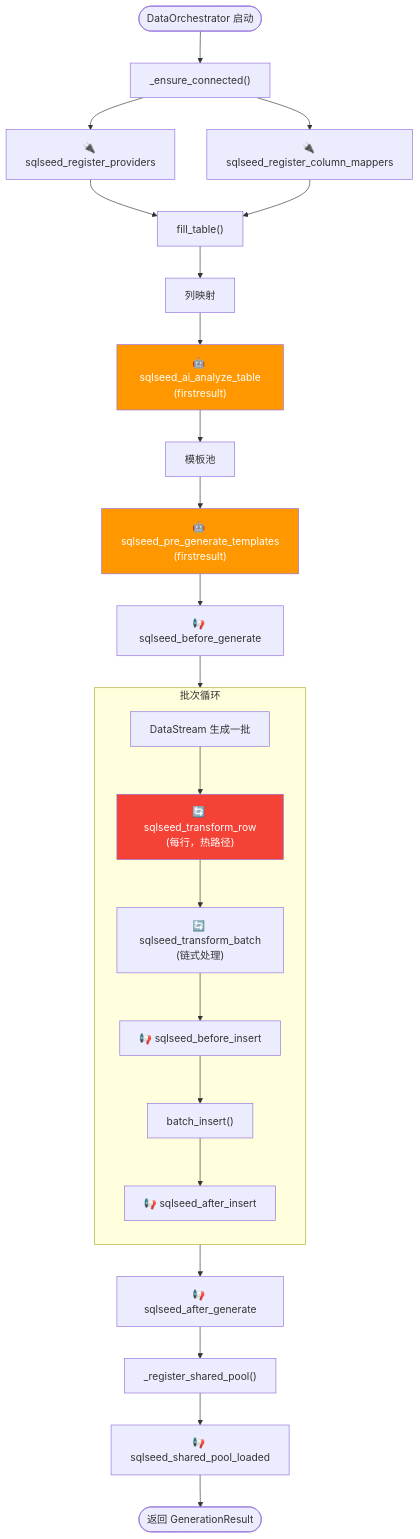
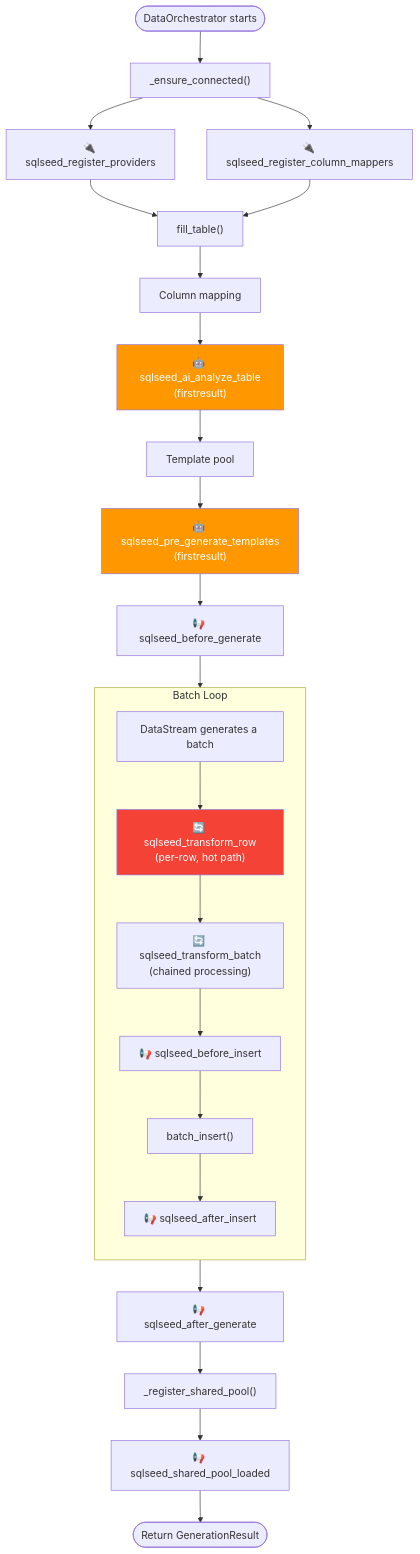
Before and after one commit to sunbos/sqlseed: the eighth of 10 diagrams in docs/architecture.md, drawn with Mermaid. The commit also changed other lines of this file and 23 other files, not shown here.

````diff
--- a/docs/architecture.md
+++ b/docs/architecture.md
@@ -486,44 +491,44 @@
 ```mermaid
 flowchart TB
-    Start(["DataOrchestrator 启动"]) --> Connect
+    Start(["DataOrchestrator starts"]) --> Connect
 
     Connect["_ensure_connected()"]
     Connect --> H1["🔌 sqlseed_register_providers"]
     Connect --> H2["🔌 sqlseed_register_column_mappers"]
 
     H1 --> Fill["fill_table()"]
     H2 --> Fill
 
-    Fill --> Mapping["列映射"]
+    Fill --> Mapping["Column mapping"]
     Mapping --> H3["🤖 sqlseed_ai_analyze_table<br/>(firstresult)"]
 
-    H3 --> Template["模板池"]
+    H3 --> Template["Template pool"]
     Template --> H4["🤖 sqlseed_pre_generate_templates<br/>(firstresult)"]
 
     H4 --> H5["📢 sqlseed_before_generate"]
 
     H5 --> BatchLoop
 
-    subgraph BatchLoop["批次循环"]
+    subgraph BatchLoop["Batch Loop"]
         direction TB
-        GenBatch["DataStream 生成一批"]
-        H6["🔄 sqlseed_transform_row<br/>(每行，热路径)"]
-        H7["🔄 sqlseed_transform_batch<br/>(链式处理)"]
+        GenBatch["DataStream generates a batch"]
+        H6["🔄 sqlseed_transform_row<br/>(per-row, hot path)"]
+        H7["🔄 sqlseed_transform_batch<br/>(chained processing)"]
         H8["📢 sqlseed_before_insert"]
         Insert["batch_insert()"]
         H9["📢 sqlseed_after_insert"]
 
         GenBatch --> H6 --> H7 --> H8 --> Insert --> H9
     end
 
     BatchLoop --> H10["📢 sqlseed_after_generate"]
 
     H10 --> RegisterPool["_register_shared_pool()"]
     RegisterPool --> H11["📢 sqlseed_shared_pool_loaded"]
 
-    H11 --> Done(["返回 GenerationResult"])
+    H11 --> Done(["Return GenerationResult"])
 
     style H3 fill:#FF9800,color:#fff
     style H4 fill:#FF9800,color:#fff
     style H6 fill:#F44336,color:#fff
 ```
````
